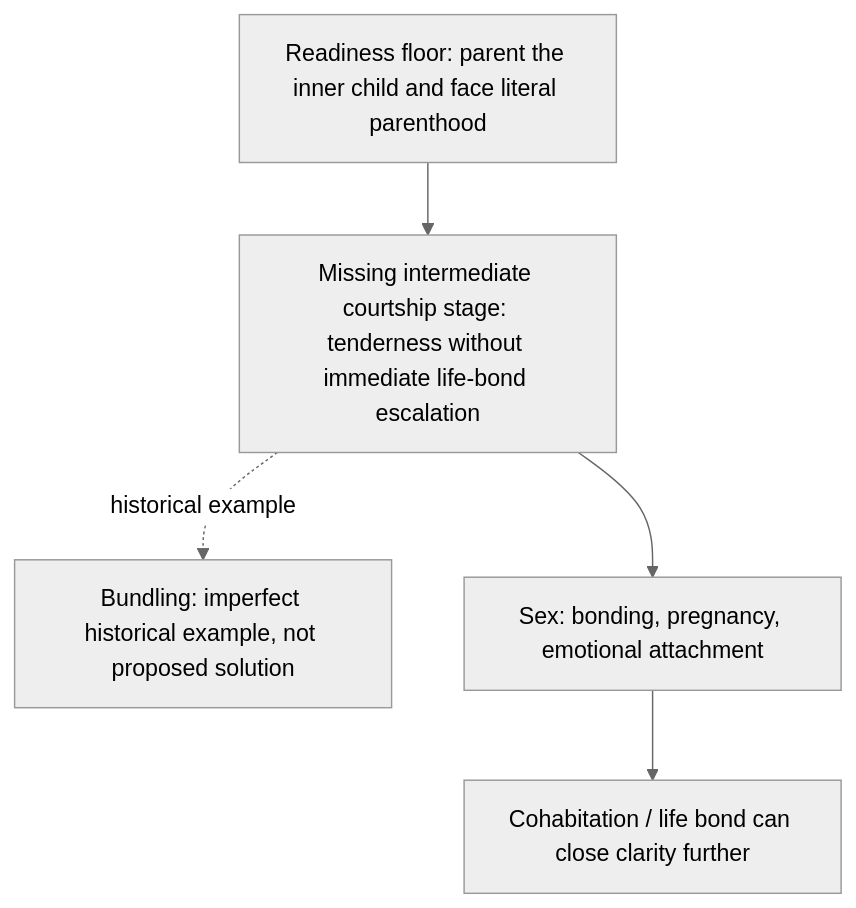
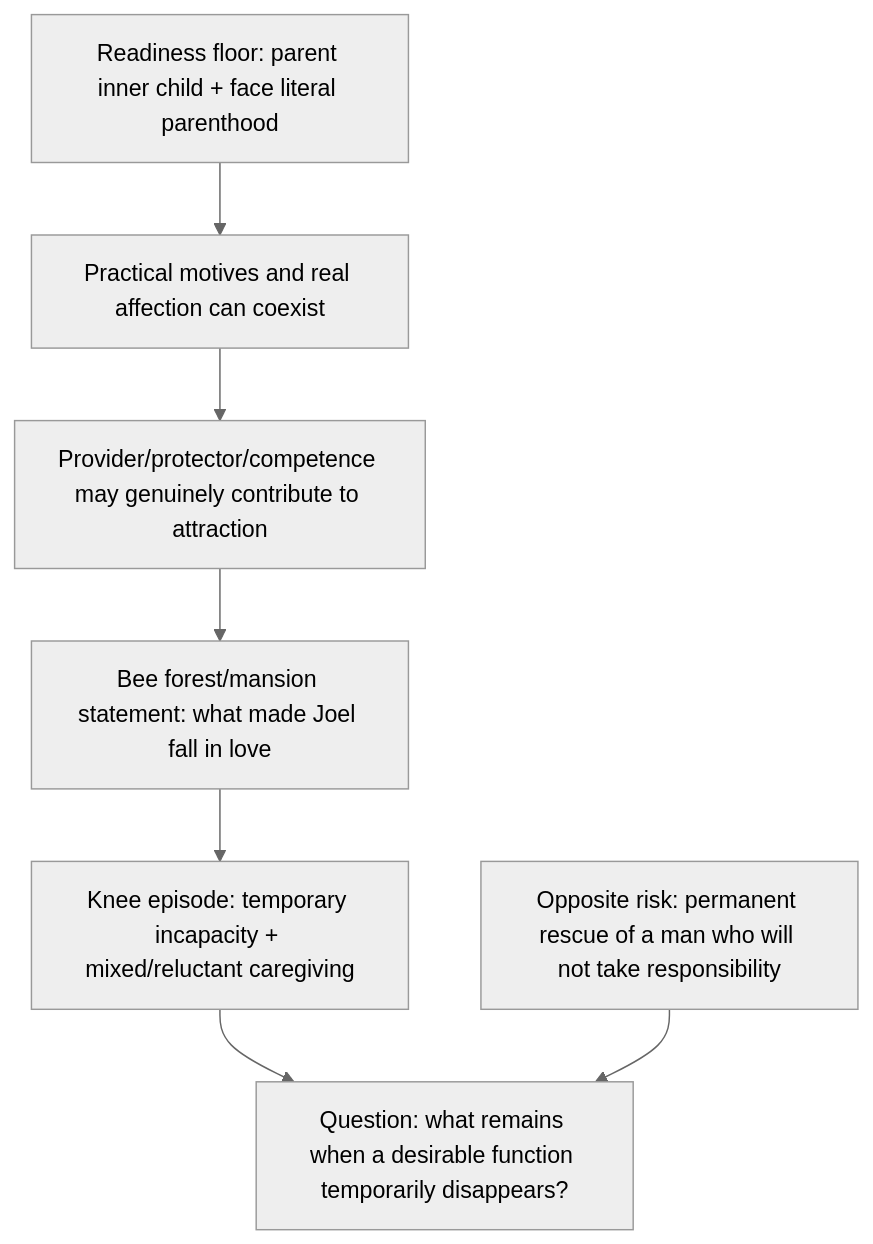
The fifth of 14 diagrams in work/romance-current-assembly/ARCHITECTURE.md (u-dont-existDOTcom/pangram-humanization-lab), drawn with Mermaid (neutral theme) before and after one commit. The commit also changed other lines of this file, not shown here.

Commit message:
state: sync Romance architecture to Toft Anami pass

````diff
--- a/work/romance-current-assembly/ARCHITECTURE.md
+++ b/work/romance-current-assembly/ARCHITECTURE.md
@@ -73,11 +97,13 @@
 ```mermaid
 flowchart TD
-    readiness["Readiness floor: parent the inner child and face literal parenthood"]
-    intermediate["Missing intermediate courtship stage: tenderness without immediate life-bond escalation"]
-    bundling["Bundling: imperfect historical example, not proposed solution"]
-    sex["Sex: bonding, pregnancy, emotional attachment"]
-    entangle["Cohabitation / life bond can close clarity further"]
+    readiness["Readiness floor: parent inner child + face literal parenthood"]
+    motives["Practical motives and real affection can coexist"]
+    desirable["Provider/protector/competence may genuinely contribute to attraction"]
+    forest["Bee forest/mansion statement: what made Joel fall in love"]
+    incapacity["Knee episode: temporary incapacity + mixed/reluctant caregiving"]
+    fixer["Opposite risk: permanent rescue of a man who will not take responsibility"]
+    durable["Question: what remains when a desirable function temporarily disappears?"]
 
-    readiness --> intermediate --> sex --> entangle
-    intermediate -. "historical example" .-> bundling
+    readiness --> motives --> desirable --> forest --> incapacity --> durable
+    fixer --> durable
 ```
````
